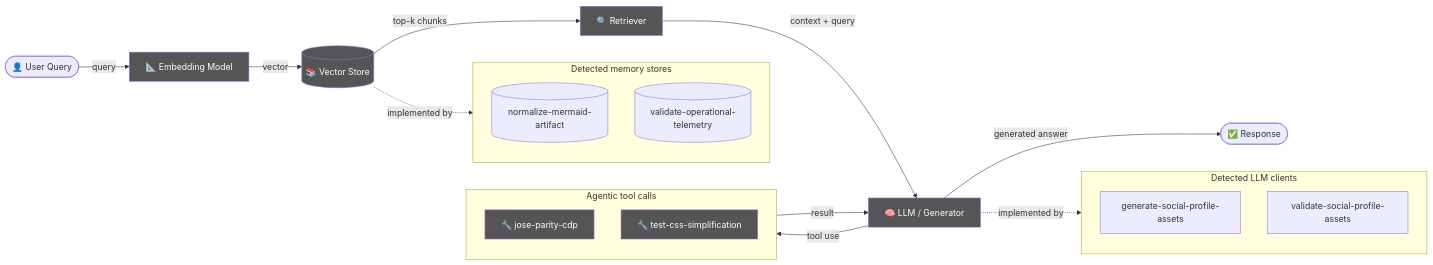
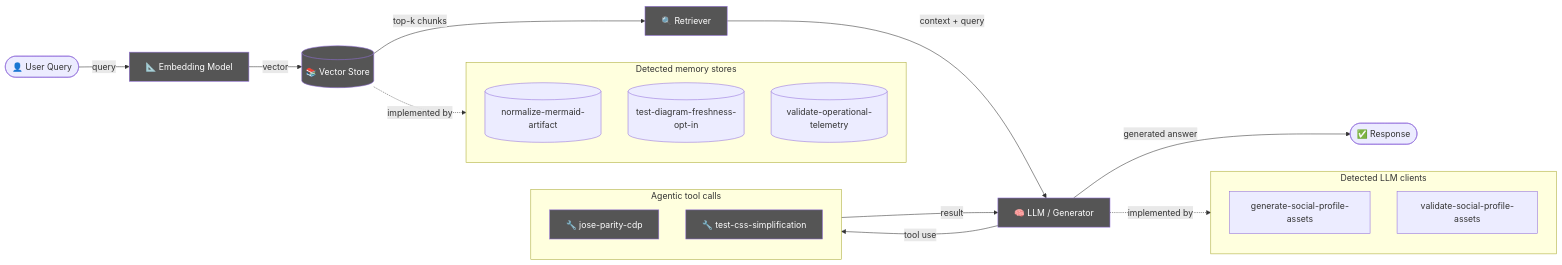
The diagram in .diagram/rag.mmd (jscraik/websites), drawn with Mermaid before and after one commit. The commit also changed 9 other files, not shown here.

```diff
--- a/.diagram/rag.mmd
+++ b/.diagram/rag.mmd
@@ -1,34 +1,35 @@
 flowchart LR
   UserQ(["👤 User Query"])
   Embed["📐 Embedding Model"]
   VecDB[("📚 Vector Store")]
   Retriever["🔍 Retriever"]
   LLMNode["🧠 LLM / Generator"]
   Output(["✅ Response"])
   UserQ -->|query| Embed
   Embed -->|vector| VecDB
   VecDB -->|top-k chunks| Retriever
   Retriever -->|context + query| LLMNode
   LLMNode -->|generated answer| Output
   subgraph DetectedMemory["Detected memory stores"]
     det_detectedmemory_normalize_mermaid_artifact_9dba7231[("normalize-mermaid-artifact")]
+    det_detectedmemory_test_diagram_freshness_opt_in_96293749[("test-diagram-freshness-opt-in")]
     det_detectedmemory_validate_operational_telemetry_cb447bde[("validate-operational-telemetry")]
   end
   VecDB -. "implemented by" .-> DetectedMemory
   subgraph DetectedLLM["Detected LLM clients"]
     det_detectedllm_generate_social_profile_assets_f4f94011["generate-social-profile-assets"]
     det_detectedllm_validate_social_profile_assets_a023937b["validate-social-profile-assets"]
   end
   LLMNode -. "implemented by" .-> DetectedLLM
   subgraph DetectedTools["Agentic tool calls"]
     det_detectedtools_jose_parity_cdp_bdcde21d["🔧 jose-parity-cdp"]
     det_detectedtools_test_css_simplification_05516724["🔧 test-css-simplification"]
   end
   LLMNode -->|tool use| DetectedTools
   DetectedTools -->|result| LLMNode
   classDef memNode fill:#555,color:#fff
   class VecDB,Retriever memNode
   classDef llmNode fill:#555,color:#fff
   class LLMNode,Embed llmNode
   classDef toolNode fill:#555,color:#fff
   class det_detectedtools_jose_parity_cdp_bdcde21d,det_detectedtools_test_css_simplification_05516724 toolNode
```
